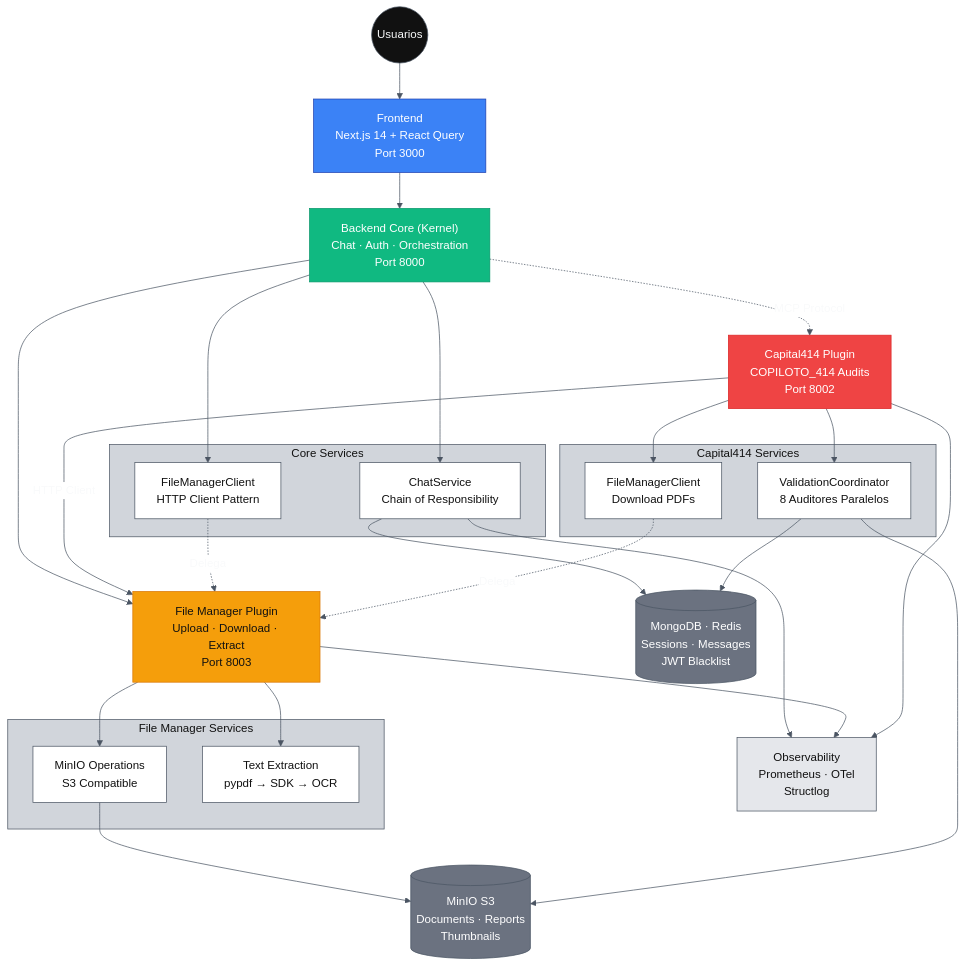
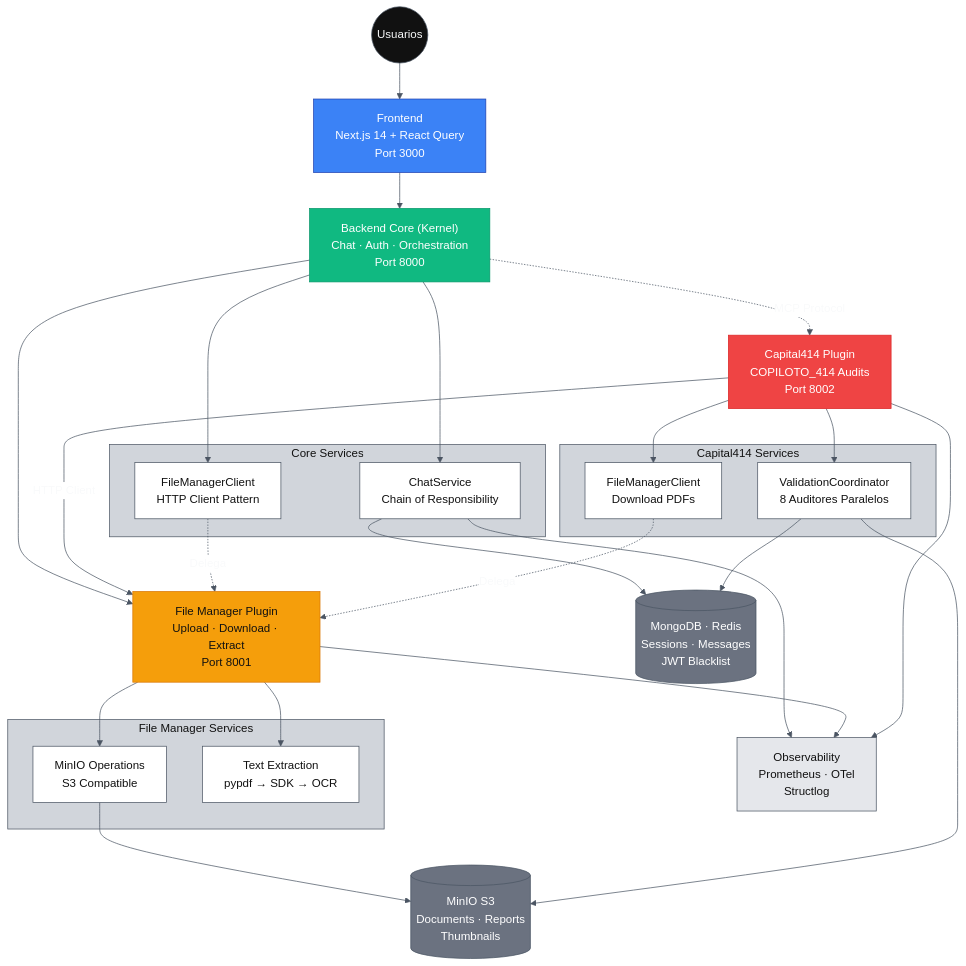
The second of 11 diagrams in README.md (saptiva-ai/octavios-chat), drawn with Mermaid before and after one commit. The commit also changed other lines of this file and 14 other files, not shown here.

First line of the commit message:
refactor: change File Manager port from 8003 to 8001

````diff
--- a/README.md
+++ b/README.md
@@ -223,55 +386,55 @@
 ```mermaid
 %%{init: {'theme': 'base', 'themeVariables': {'primaryColor': '#111111','primaryBorderColor': '#4b5563','primaryTextColor': '#f9fafb','lineColor': '#4b5563','secondaryColor': '#ffffff','secondaryBorderColor': '#4b5563','secondaryTextColor': '#111111','tertiaryColor': '#d1d5db','tertiaryBorderColor': '#4b5563','tertiaryTextColor': '#111111'}}}%%
 flowchart TB
     user((Usuarios)):::dark --> web["Frontend<br/>Next.js 14 + React Query<br/>Port 3000"]:::frontend
 
     web --> core["Backend Core (Kernel)<br/>Chat · Auth · Orchestration<br/>Port 8000"]:::core
 
-    core --> filemanager["File Manager Plugin<br/>Upload · Download · Extract<br/>Port 8003"]:::plugin_public
+    core --> filemanager["File Manager Plugin<br/>Upload · Download · Extract<br/>Port 8001"]:::plugin_public
     core -.->|"MCP Protocol"| capital414["Capital414 Plugin<br/>COPILOTO_414 Audits<br/>Port 8002"]:::plugin_private
 
     capital414 -->|"HTTP Client"| filemanager
 
     subgraph "Core Services"
         chat_svc["ChatService<br/>Chain of Responsibility"]:::light
         file_client["FileManagerClient<br/>HTTP Client Pattern"]:::light
     end
 
     subgraph "File Manager Services"
         minio_ops["MinIO Operations<br/>S3 Compatible"]:::light
         extraction["Text Extraction<br/>pypdf → SDK → OCR"]:::light
     end
 
     subgraph "Capital414 Services"
         coordinator["ValidationCoordinator<br/>8 Auditores Paralelos"]:::light
         fm_client["FileManagerClient<br/>Download PDFs"]:::light
     end
 
     core --> chat_svc
     core --> file_client
     filemanager --> minio_ops
     filemanager --> extraction
     capital414 --> coordinator
     capital414 --> fm_client
 
     file_client -.->|"Delega"| filemanager
     fm_client -.->|"Delega"| filemanager
 
     chat_svc --> persistence[(MongoDB · Redis<br/>Sessions · Messages<br/>JWT Blacklist)]:::infra
     minio_ops --> storage[(MinIO S3<br/>Documents · Reports<br/>Thumbnails)]:::infra
     coordinator --> persistence
     coordinator --> storage
 
     chat_svc --> observability["Observability<br/>Prometheus · OTel<br/>Structlog"]:::gray
     filemanager --> observability
     capital414 --> observability
 
     classDef dark fill:#111111,stroke:#4b5563,color:#f9fafb;
     classDef frontend fill:#3b82f6,stroke:#1e40af,color:#ffffff;
     classDef core fill:#10b981,stroke:#059669,color:#ffffff;
     classDef plugin_public fill:#f59e0b,stroke:#d97706,color:#111111;
     classDef plugin_private fill:#ef4444,stroke:#dc2626,color:#ffffff;
     classDef light fill:#ffffff,stroke:#4b5563,color:#111111;
     classDef infra fill:#6b7280,stroke:#4b5563,color:#ffffff;
     classDef gray fill:#e5e7eb,stroke:#4b5563,color:#111111;
 ```
````
